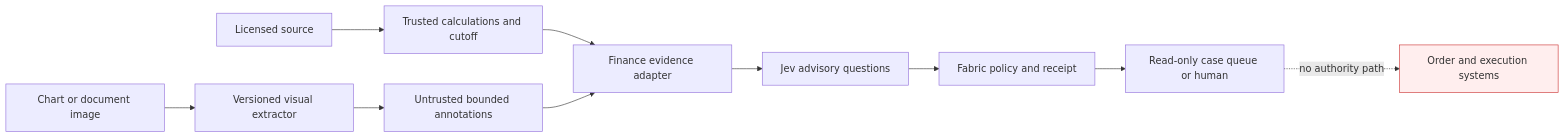
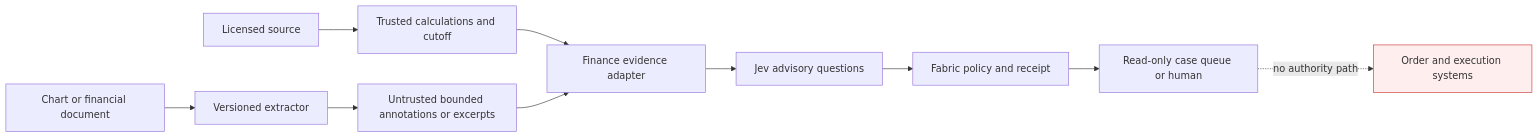
Before and after one commit to MokiMeow/jev-fabric: the diagram in docs/security/finance-threat-model.md, drawn with Mermaid. The commit also changed other lines of this file and 31 other files, not shown here.

````diff
--- a/docs/security/finance-threat-model.md
+++ b/docs/security/finance-threat-model.md
@@ -22,14 +24,14 @@
 ```mermaid
 flowchart LR
   A[Licensed source] --> T[Trusted calculations and cutoff]
-  B[Chart or document image] --> V[Versioned visual extractor]
-  V --> U[Untrusted bounded annotations]
+  B[Chart or financial document] --> V[Versioned extractor]
+  V --> U[Untrusted bounded annotations or excerpts]
   T --> E[Finance evidence adapter]
   U --> E
   E --> J[Jev advisory questions]
   J --> P[Fabric policy and receipt]
   P --> Q[Read-only case queue or human]
   O[Order and execution systems]:::isolated
   Q -. no authority path .-> O
   classDef isolated fill:#fee,stroke:#c33
 ```
````
